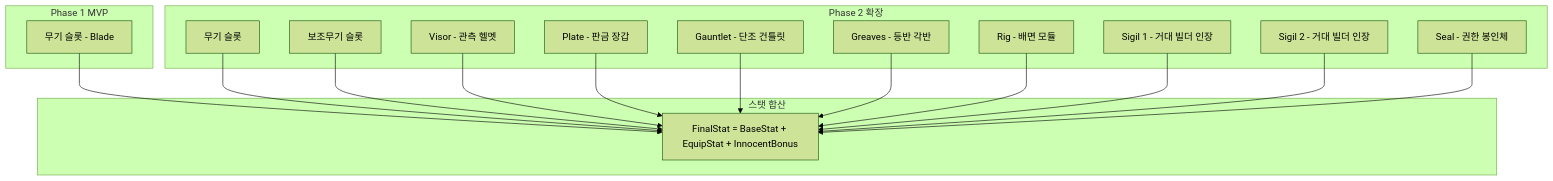
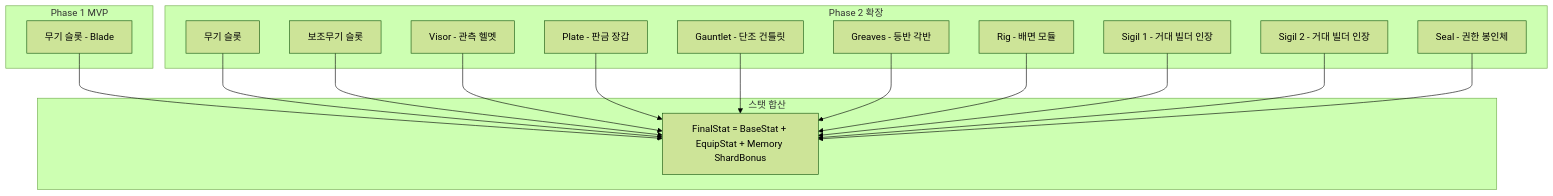
The first of 2 diagrams in Documents/System/System_Equipment_Slots.md (Biskraft/ProjectAbyss), drawn with Mermaid (forest theme) before and after one commit. The commit also changed other lines of this file and 197 other files, not shown here.

First line of the commit message:
feat: DEC-036 Memory Shard 통합 + DEC-037 Ant Colony 토폴로지 + UX 폴리시

````diff
--- a/Documents/System/System_Equipment_Slots.md
+++ b/Documents/System/System_Equipment_Slots.md
@@ -93,35 +93,35 @@
 ```mermaid
 graph TD
     subgraph "Phase 1 MVP"
         WPN[무기 슬롯 - Blade]
     end
 
     subgraph "Phase 2 확장"
         WPN2[무기 슬롯]
         SUB[보조무기 슬롯]
         VSR[Visor - 관측 헬멧]
         PLT[Plate - 판금 장갑]
         GNT[Gauntlet - 단조 건틀릿]
         GRV[Greaves - 등반 각반]
         RIG[Rig - 배면 모듈]
         SGL1[Sigil 1 - 거대 빌더 인장]
         SGL2[Sigil 2 - 거대 빌더 인장]
         SEAL[Seal - 권한 봉인체]
     end
 
     subgraph "스탯 합산"
-        FINAL[FinalStat = BaseStat + EquipStat + InnocentBonus]
+        FINAL[FinalStat = BaseStat + EquipStat + Memory ShardBonus]
     end
 
     WPN --> FINAL
     WPN2 --> FINAL
     SUB --> FINAL
     VSR --> FINAL
     PLT --> FINAL
     GNT --> FINAL
     GRV --> FINAL
     RIG --> FINAL
     SGL1 --> FINAL
     SGL2 --> FINAL
     SEAL --> FINAL
 ```
````
